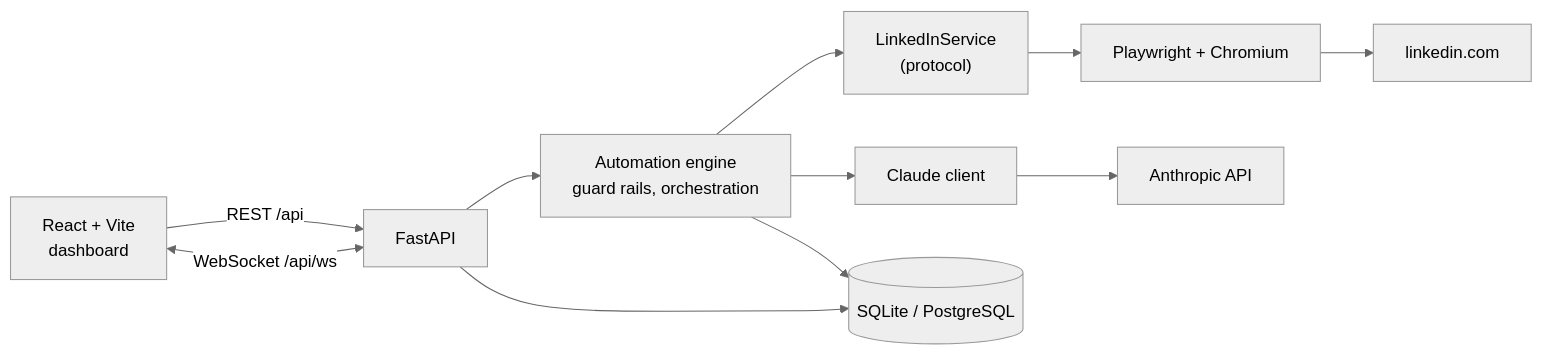
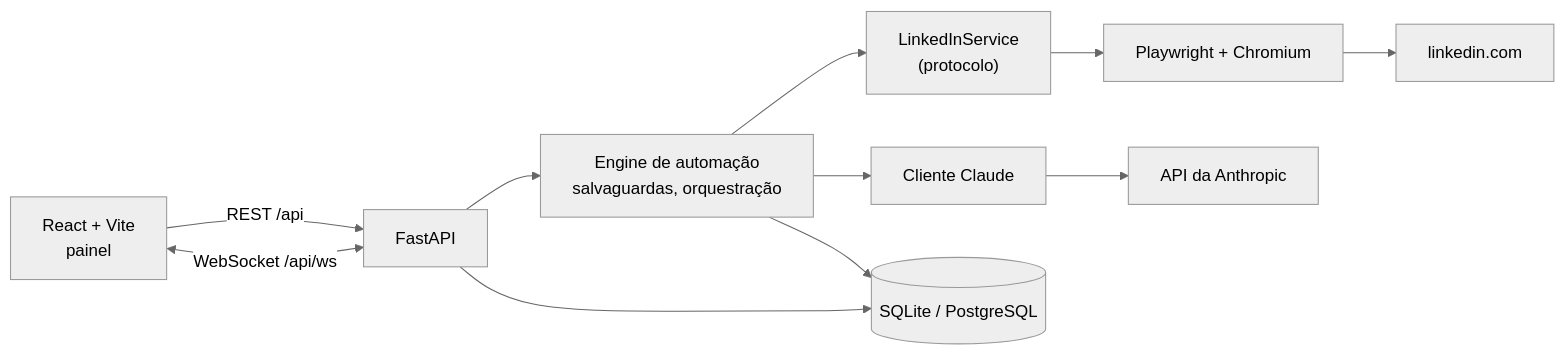
The first of 3 diagrams in docs/architecture.md (joaovictorgcu/smart-job-apply), drawn with Mermaid (neutral theme) before and after one commit. The commit also changed other lines of this file and 6 other files, not shown here.

````diff
--- a/docs/architecture.md
+++ b/docs/architecture.md
@@ -13,13 +13,13 @@
 ```mermaid
 flowchart LR
-    UI["React + Vite<br/>dashboard"] -->|"REST /api"| API["FastAPI"]
+    UI["React + Vite<br/>painel"] -->|"REST /api"| API["FastAPI"]
     UI <-->|"WebSocket /api/ws"| API
-    API --> ENG["Automation engine<br/>guard rails, orchestration"]
-    ENG --> SVC["LinkedInService<br/>(protocol)"]
-    ENG --> AI["Claude client"]
+    API --> ENG["Engine de automação<br/>salvaguardas, orquestração"]
+    ENG --> SVC["LinkedInService<br/>(protocolo)"]
+    ENG --> AI["Cliente Claude"]
     SVC --> PW["Playwright + Chromium"]
     PW --> LI["linkedin.com"]
-    AI --> ANT["Anthropic API"]
+    AI --> ANT["API da Anthropic"]
     API --> DB[("SQLite / PostgreSQL")]
     ENG --> DB
 ```
````
